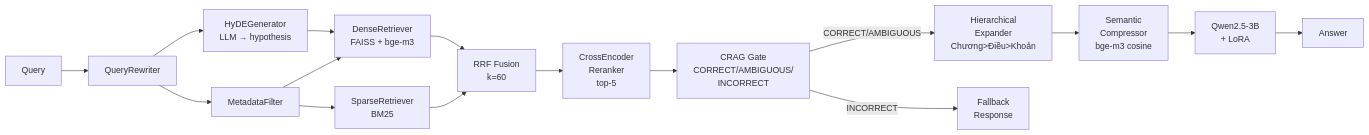
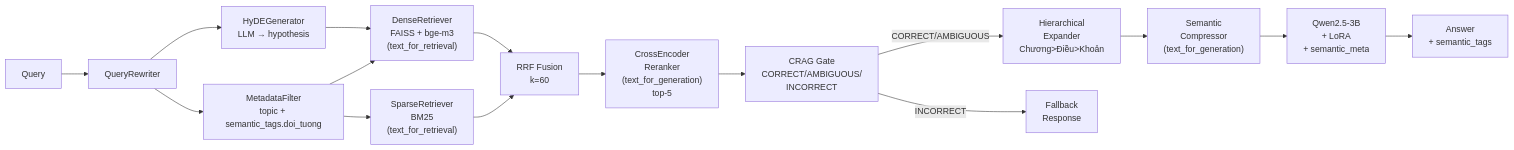
The second of 2 diagrams in architecture.md (KwanFam26022005/tdtu-student-handbook-chatbot), drawn with Mermaid before and after one commit. The commit also changed other lines of this file and 2 other files, not shown here.

````diff
--- a/architecture.md
+++ b/architecture.md
@@ -102,18 +107,18 @@
 ```mermaid
 flowchart LR
     Q["Query"] --> QR["QueryRewriter"]
     QR --> HYDE["HyDEGenerator\nLLM → hypothesis"]
-    QR --> MF["MetadataFilter"]
-    HYDE --> DR["DenseRetriever\nFAISS + bge-m3"]
+    QR --> MF["MetadataFilter\ntopic + semantic_tags.doi_tuong"]
+    HYDE --> DR["DenseRetriever\nFAISS + bge-m3\n(text_for_retrieval)"]
     MF --> DR
-    MF --> SR["SparseRetriever\nBM25"]
+    MF --> SR["SparseRetriever\nBM25\n(text_for_retrieval)"]
     DR --> RRF["RRF Fusion\nk=60"]
     SR --> RRF
-    RRF --> RE["CrossEncoder\nReranker\ntop-5"]
+    RRF --> RE["CrossEncoder\nReranker\n(text_for_generation)\ntop-5"]
     RE --> CRAG["CRAG Gate\nCORRECT/AMBIGUOUS/\nINCORRECT"]
     CRAG -->|CORRECT/AMBIGUOUS| HE["Hierarchical\nExpander\nChương>Điều>Khoản"]
     CRAG -->|INCORRECT| FAIL["Fallback\nResponse"]
-    HE --> SC["Semantic\nCompressor\nbge-m3 cosine"]
-    SC --> LLM["Qwen2.5-3B\n+ LoRA"]
-    LLM --> A["Answer"]
+    HE --> SC["Semantic\nCompressor\n(text_for_generation)"]
+    SC --> LLM["Qwen2.5-3B\n+ LoRA\n+ semantic_meta"]
+    LLM --> A["Answer\n+ semantic_tags"]
 ```
````
